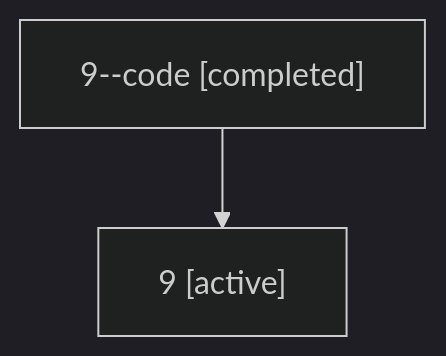
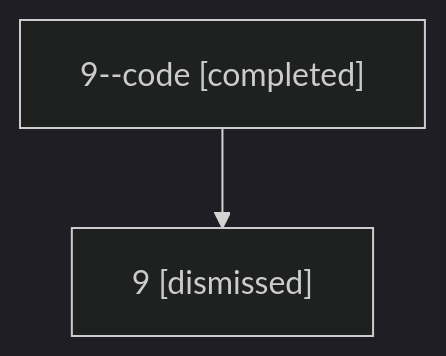
Before and after one commit to sase-org/sase--agents: the diagram in sessions/bbugyi200.athena.9.md, drawn with Mermaid (dark theme). The commit also changed other lines of this file and 26 other files, not shown here.

````diff
--- a/sessions/bbugyi200.athena.9.md
+++ b/sessions/bbugyi200.athena.9.md
@@ -9,6 +9,6 @@
 ```mermaid
 flowchart TD
   n0["9--code [completed]"]
-  n1["9 [active]"]
+  n1["9 [dismissed]"]
   n0 --> n1
 ```
````
